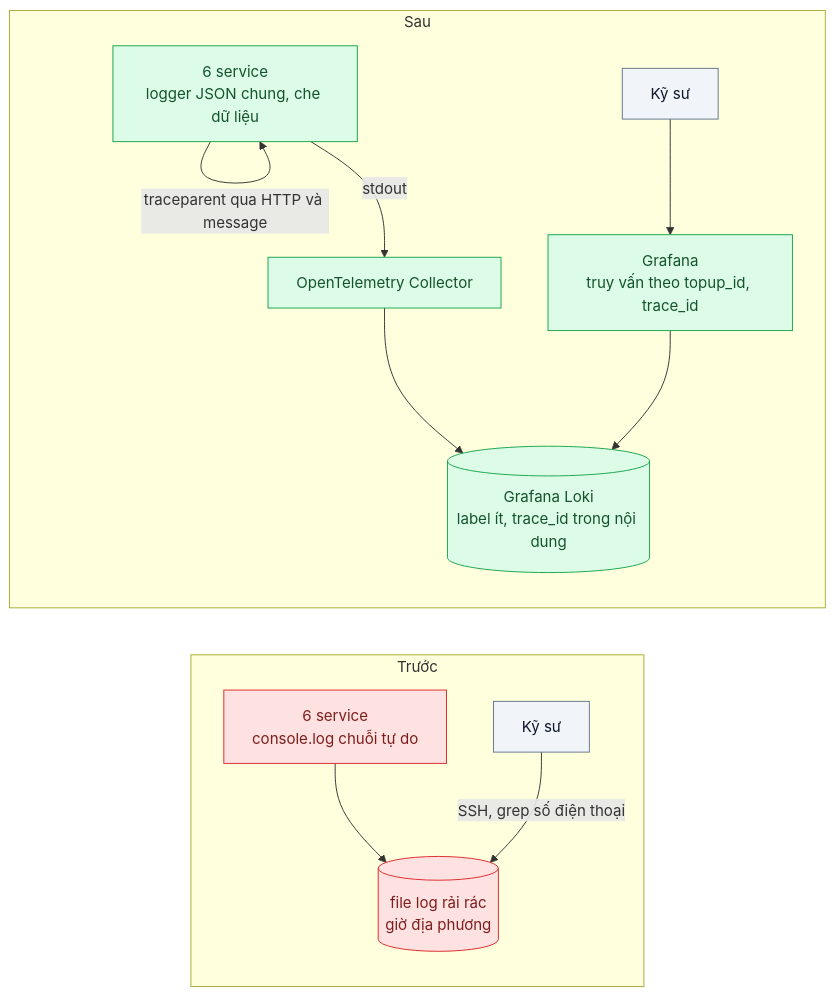
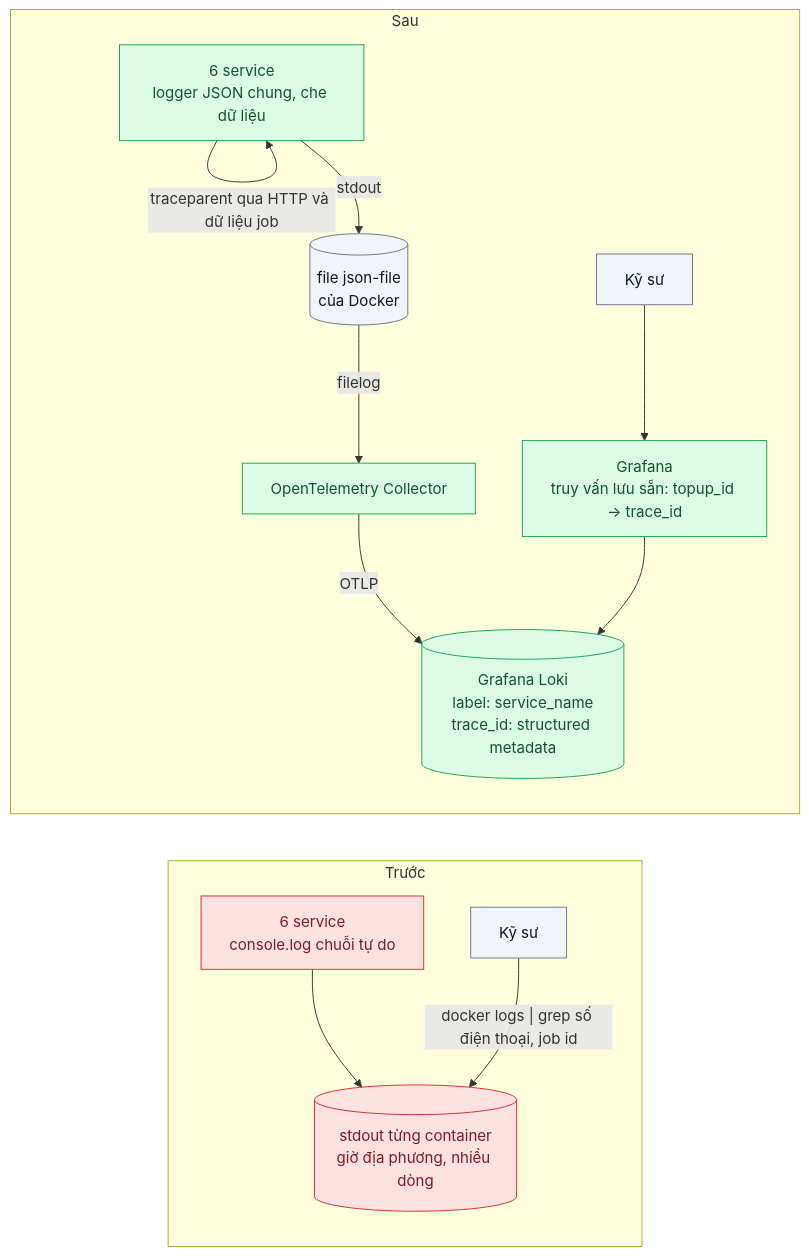
The first of 2 diagrams in 23-backend-monitoring-benchmark/02-structured-logging-correlation-id-grep-log-6-service-tim-mot-request/README.md (nguyenquochuy2311/system-design-nestjs), drawn with Mermaid before and after one commit. The commit also changed other lines of this file and 44 other files, not shown here.

First line of the commit message:
feat(23/02): lab Structured Logging & Correlation ID qua BullMQ với pino + OTel Collector + Loki, số đo thật

````diff
--- a/23-backend-monitoring-benchmark/02-structured-logging-correlation-id-grep-log-6-service-tim-mot-request/README.md
+++ b/23-backend-monitoring-benchmark/02-structured-logging-correlation-id-grep-log-6-service-tim-mot-request/README.md
@@ -47,18 +47,19 @@
 ```mermaid
 flowchart LR
   classDef moi fill:#DCFCE7,stroke:#16A34A,color:#14532D
   classDef cu fill:#F1F5F9,stroke:#64748B,color:#0F172A
   classDef loi fill:#FEE2E2,stroke:#DC2626,color:#7F1D1D
 
   subgraph TRUOC["Trước"]
-    A1["6 service<br/>console.log chuỗi tự do"]:::loi --> F1[("file log rải rác<br/>giờ địa phương")]:::loi
-    KS1["Kỹ sư"]:::cu -->|"SSH, grep số điện thoại"| F1
+    A1["6 service<br/>console.log chuỗi tự do"]:::loi --> F1[("stdout từng container<br/>giờ địa phương, nhiều dòng")]:::loi
+    KS1["Kỹ sư"]:::cu -->|"docker logs | grep số điện thoại, job id"| F1
   end
 
   subgraph SAU["Sau"]
-    A2["6 service<br/>logger JSON chung, che dữ liệu"]:::moi -->|"stdout"| OC["OpenTelemetry Collector"]:::moi
-    A2 -->|"traceparent qua HTTP và message"| A2
-    OC --> LK[("Grafana Loki<br/>label ít, trace_id trong nội dung")]:::moi
-    KS2["Kỹ sư"]:::cu --> GF["Grafana<br/>truy vấn theo topup_id, trace_id"]:::moi --> LK
+    A2["6 service<br/>logger JSON chung, che dữ liệu"]:::moi -->|"stdout"| DF[("file json-file<br/>của Docker")]:::cu
+    A2 -->|"traceparent qua HTTP và dữ liệu job"| A2
+    DF -->|"filelog"| OC["OpenTelemetry Collector"]:::moi
+    OC -->|"OTLP"| LK[("Grafana Loki<br/>label: service_name<br/>trace_id: structured metadata")]:::moi
+    KS2["Kỹ sư"]:::cu --> GF["Grafana<br/>truy vấn lưu sẵn: topup_id → trace_id"]:::moi --> LK
   end
 ```
````
